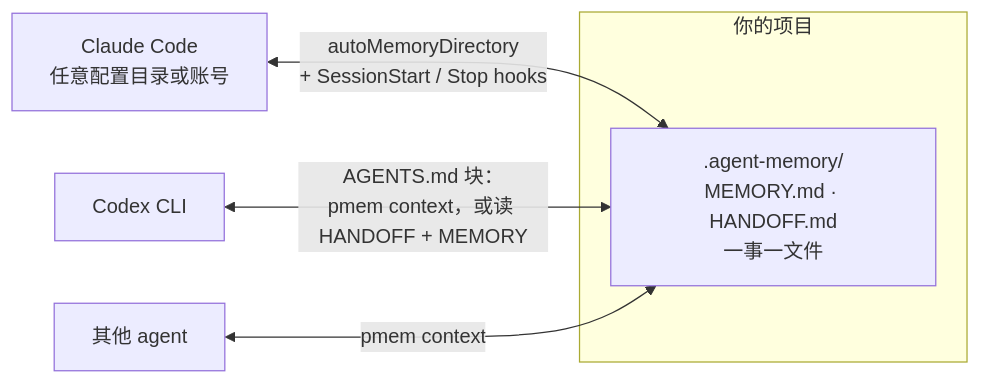
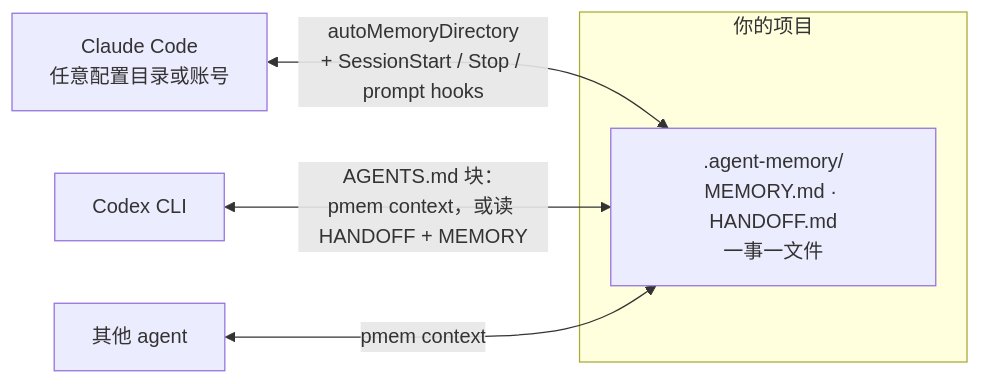
Before and after one commit to SuperFCR/falcary-skills: the diagram in project-memory/README.zh-CN.md, drawn with Mermaid. The commit also changed other lines of this file and 16 other files, not shown here.

````diff
--- a/project-memory/README.zh-CN.md
+++ b/project-memory/README.zh-CN.md
@@ -13,9 +13,9 @@
 ```mermaid
 flowchart LR
     subgraph Project["你的项目"]
         MEM[".agent-memory/<br/>MEMORY.md · HANDOFF.md<br/>一事一文件"]
     end
-    CC["Claude Code<br/>任意配置目录或账号"] <-->|"autoMemoryDirectory<br/>+ SessionStart / Stop hooks"| MEM
+    CC["Claude Code<br/>任意配置目录或账号"] <-->|"autoMemoryDirectory<br/>+ SessionStart / Stop / prompt hooks"| MEM
     CX["Codex CLI"] <-->|"AGENTS.md 块：<br/>pmem context，或读 HANDOFF + MEMORY"| MEM
     OT["其他 agent"] <-->|"pmem context"| MEM
 ```
````
